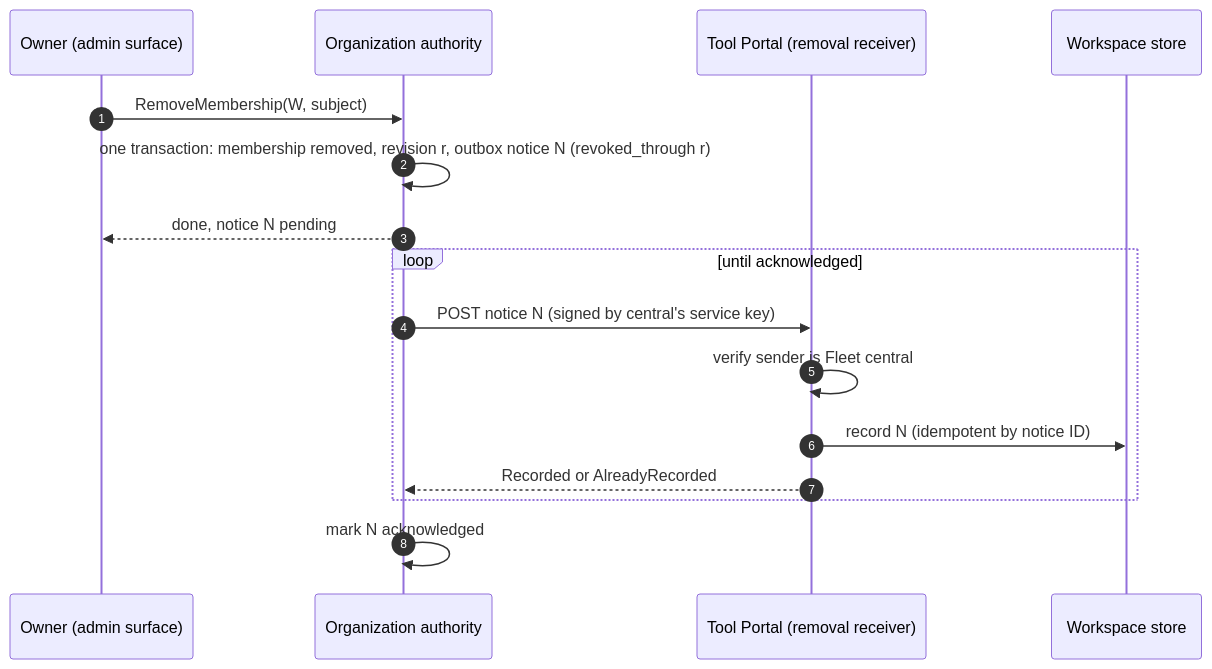
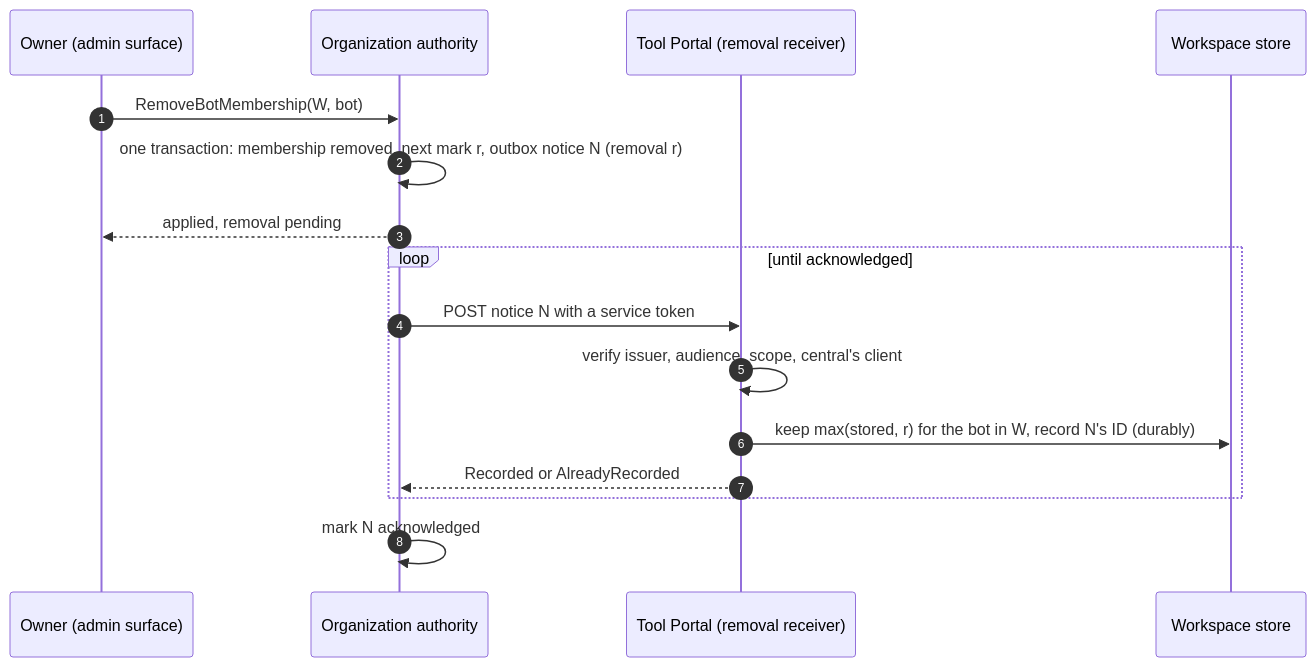
The fifth of 7 diagrams in docs/specs/2026-10-24-agent-identity/program-design.md (ShravanSunder/agent-vm), drawn with Mermaid before and after one commit. The commit also changed other lines of this file and 6 other files, not shown here.

````diff
--- a/docs/specs/2026-10-24-agent-identity/program-design.md
+++ b/docs/specs/2026-10-24-agent-identity/program-design.md
@@ -337,18 +462,18 @@
 ```mermaid
 sequenceDiagram
   autonumber
   participant O as Owner (admin surface)
   participant OA as Organization authority
   participant P as Tool Portal (removal receiver)
   participant WS as Workspace store
-  O->>OA: RemoveMembership(W, subject)
-  OA->>OA: one transaction: membership removed, revision r, outbox notice N (revoked_through r)
-  OA-->>O: done, notice N pending
+  O->>OA: RemoveBotMembership(W, bot)
+  OA->>OA: one transaction: membership removed, next mark r, outbox notice N (removal r)
+  OA-->>O: applied, removal pending
   loop until acknowledged
-    OA->>P: POST notice N (signed by central's service key)
-    P->>P: verify sender is Fleet central
-    P->>WS: record N (idempotent by notice ID)
+    OA->>P: POST notice N with a service token
+    P->>P: verify issuer, audience, scope, central's client
+    P->>WS: keep max(stored, r) for the bot in W, record N's ID (durably)
     P-->>OA: Recorded or AlreadyRecorded
   end
   OA->>OA: mark N acknowledged
 ```
````
